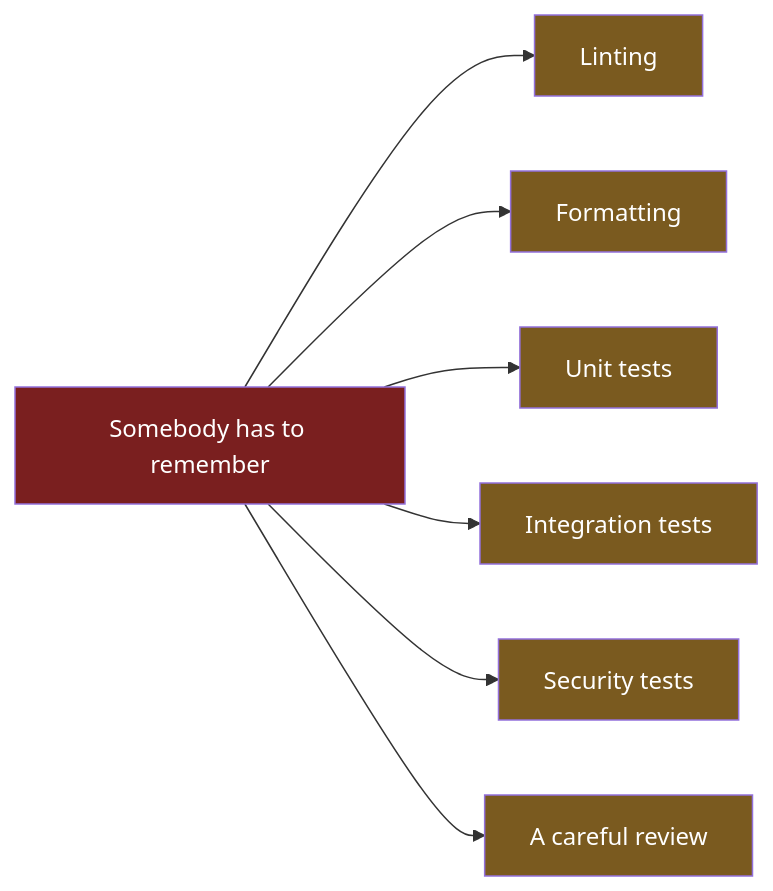
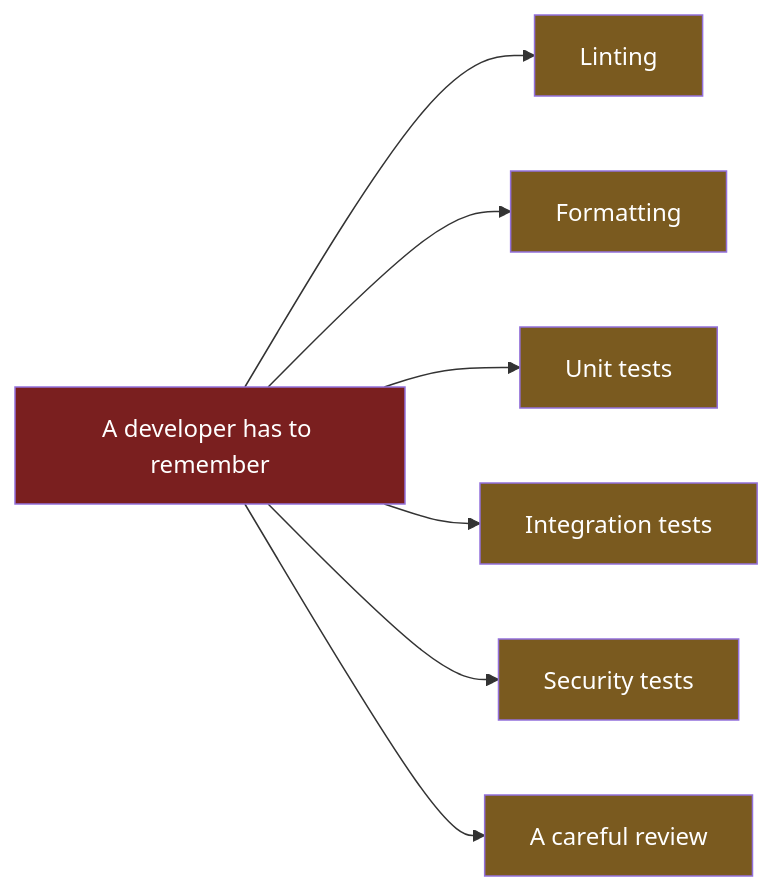
One commit to Dummy-Bug/system-design-handbook changed the third of 4 diagrams in Devops/05-CI-CD/01-The-Manual-Way.md. Above: the diagram before and after it, drawn with Mermaid. The commit also changed other lines of this file and 22 other files, not shown here.

````diff
--- a/Devops/05-CI-CD/01-The-Manual-Way.md
+++ b/Devops/05-CI-CD/01-The-Manual-Way.md
@@ -104,16 +104,16 @@
 ```mermaid
 flowchart LR
-    H["Somebody has to remember"] --> L["Linting"]
+    H["A developer has to remember"] --> L["Linting"]
     H --> F["Formatting"]
     H --> U["Unit tests"]
     H --> I["Integration tests"]
     H --> S["Security tests"]
     H --> R["A careful review"]
     style H fill:#7a1f1f,color:#fff
     style L fill:#7a5a1f,color:#fff
     style F fill:#7a5a1f,color:#fff
     style U fill:#7a5a1f,color:#fff
     style I fill:#7a5a1f,color:#fff
     style S fill:#7a5a1f,color:#fff
     style R fill:#7a5a1f,color:#fff
 ```
````
